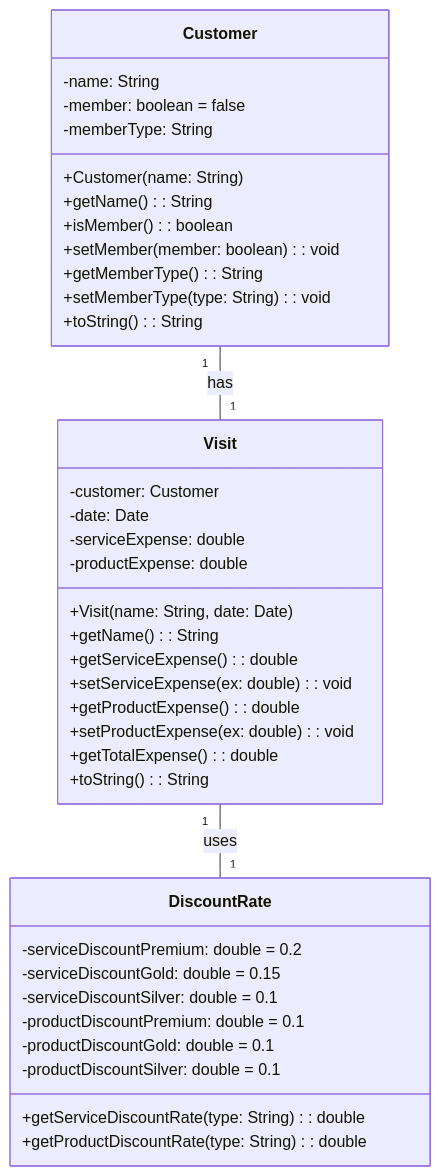
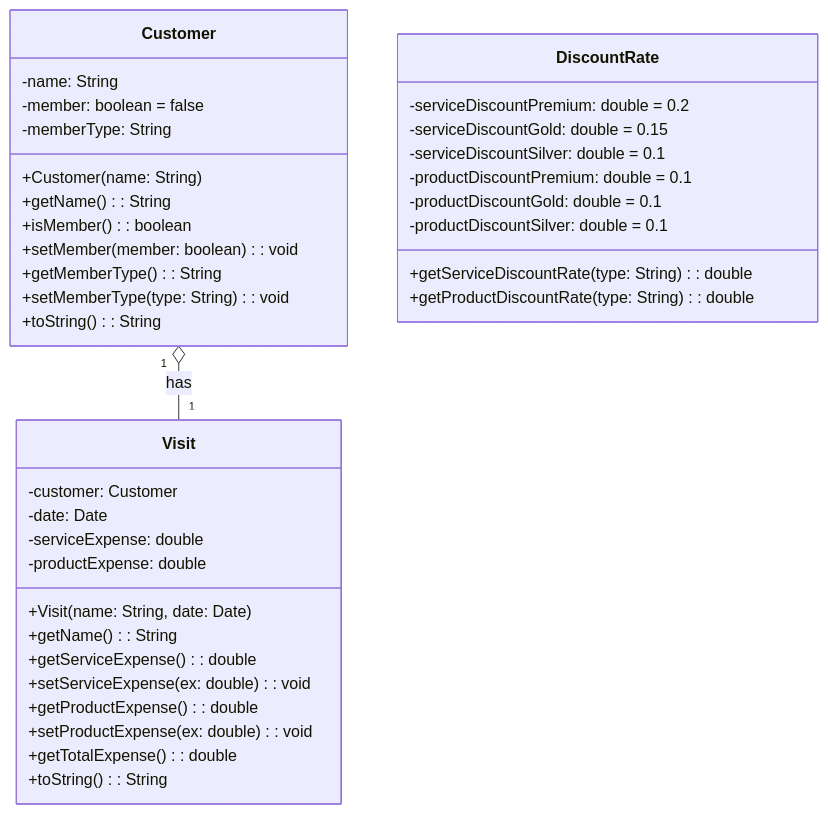
Before and after one commit to godziller/CS2514_Java: the diagram in Assignment3/README.md, drawn with Mermaid.

Commit message:
fixed has-a relationship

````diff
--- a/Assignment3/README.md
+++ b/Assignment3/README.md
@@ -37,44 +37,43 @@
 ```mermaid
 classDiagram
     class Customer {
         -name: String
         -member: boolean = false
         -memberType: String
         +Customer(name: String)
         +getName(): String
         +isMember(): boolean
         +setMember(member: boolean): void
         +getMemberType(): String
         +setMemberType(type: String): void
         +toString(): String
     }
 
     class Visit {
         -customer: Customer
         -date: Date
         -serviceExpense: double
         -productExpense: double
         +Visit(name: String, date: Date)
         +getName(): String
         +getServiceExpense(): double
         +setServiceExpense(ex: double): void
         +getProductExpense(): double
         +setProductExpense(ex: double): void
         +getTotalExpense(): double
         +toString(): String
     }
 
     class DiscountRate {
         -serviceDiscountPremium: double = 0.2
         -serviceDiscountGold: double = 0.15
         -serviceDiscountSilver: double = 0.1
         -productDiscountPremium: double = 0.1
         -productDiscountGold: double = 0.1
         -productDiscountSilver: double = 0.1
         +getServiceDiscountRate(type: String): double
         +getProductDiscountRate(type: String): double
     }
 
-    Customer "1" -- "1" Visit : has
-    Visit "1" -- "1" DiscountRate : uses
+    Customer "1" o-- "1" Visit : has
 ```
````
